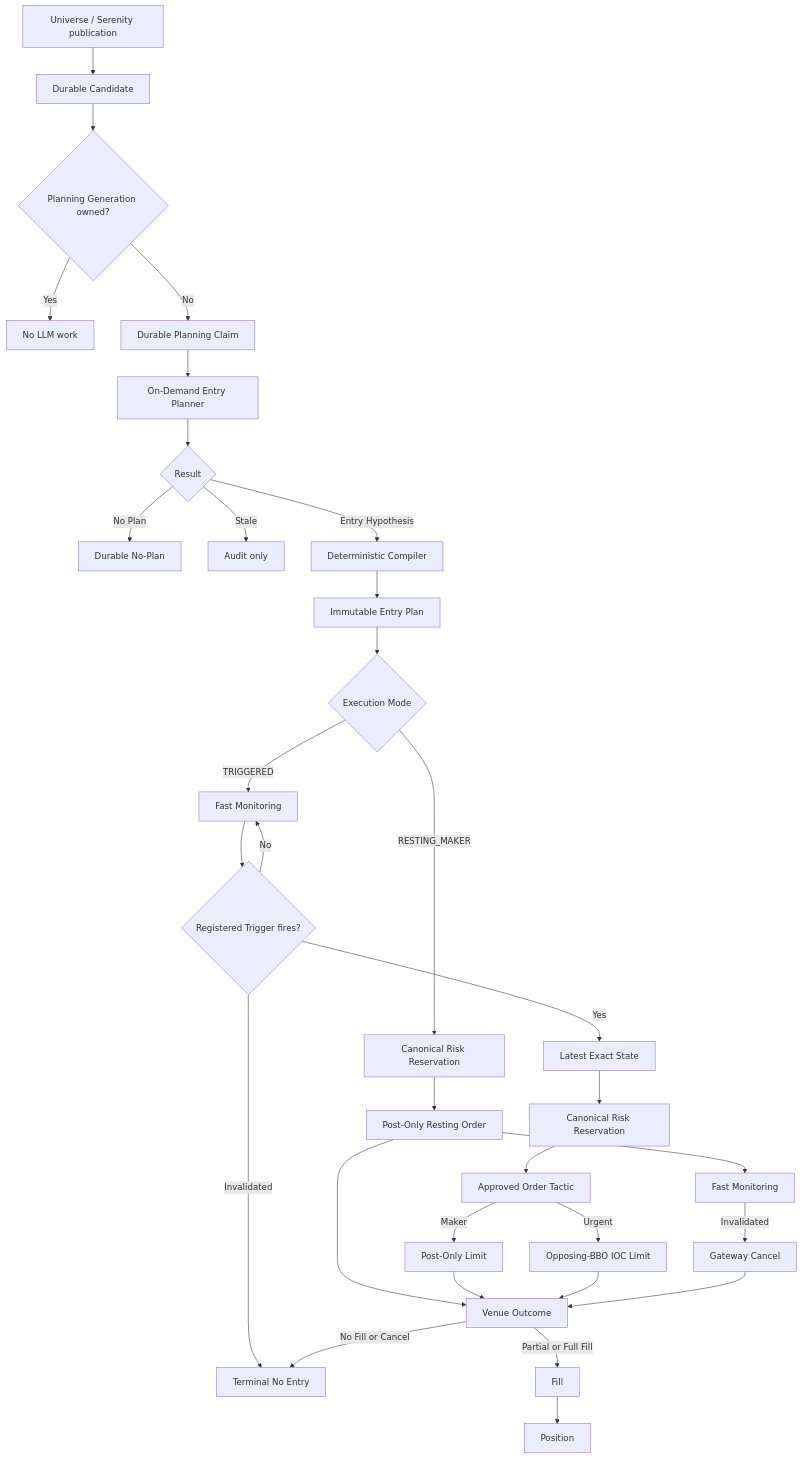
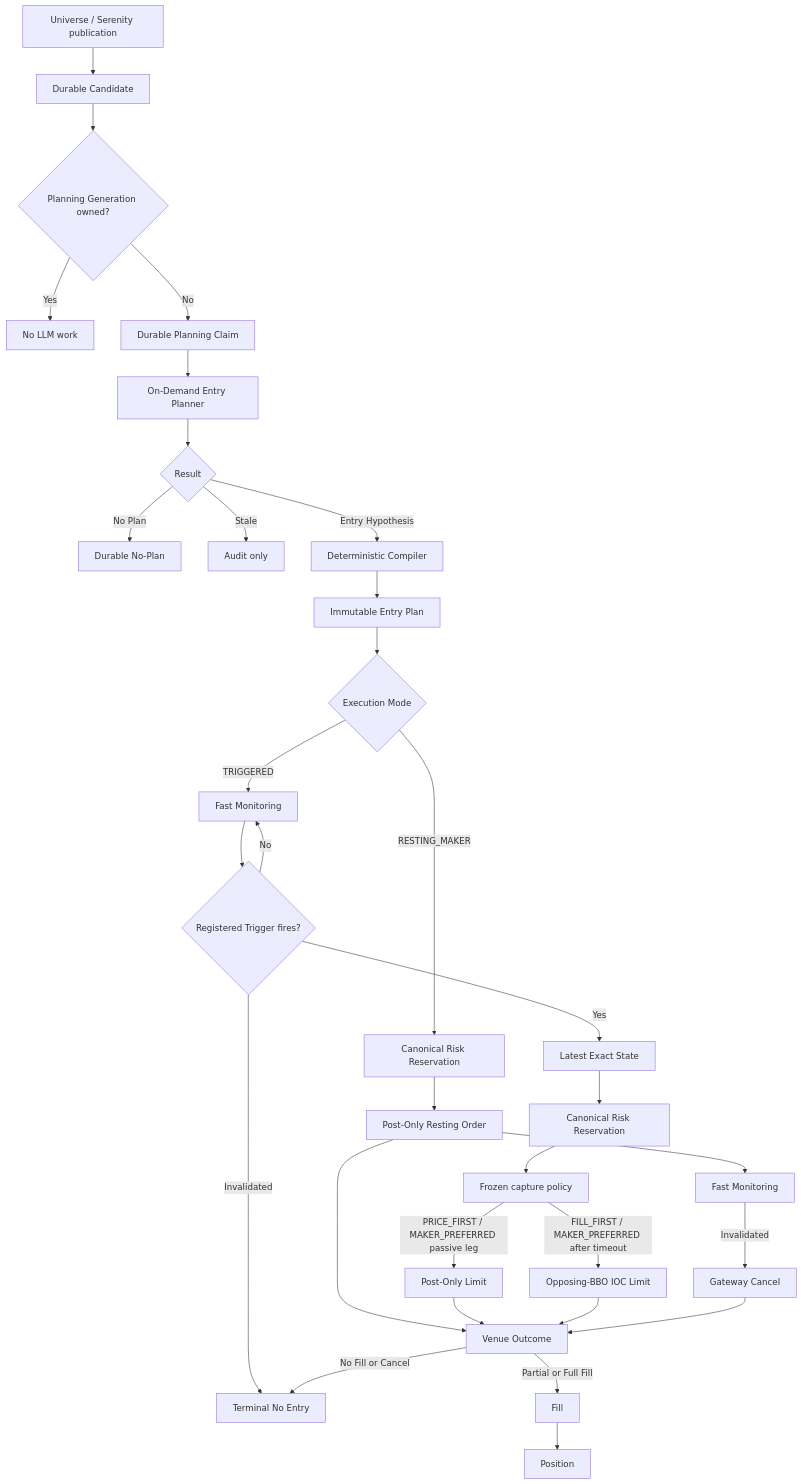
The diagram in docs/design/contracts/decision_lifecycle_contract.md (iridyne/aletheia), drawn with Mermaid before and after one commit. The commit also changed other lines of this file and 5 other files, not shown here.

````diff
--- a/docs/design/contracts/decision_lifecycle_contract.md
+++ b/docs/design/contracts/decision_lifecycle_contract.md
@@ -17,34 +16,34 @@
 ```mermaid
 flowchart TD
     A[Universe / Serenity publication] --> B[Durable Candidate]
     B --> C{Planning Generation owned?}
     C -->|Yes| D[No LLM work]
     C -->|No| E[Durable Planning Claim]
     E --> F[On-Demand Entry Planner]
     F --> G{Result}
     G -->|No Plan| H[Durable No-Plan]
     G -->|Stale| I[Audit only]
     G -->|Entry Hypothesis| CC[Deterministic Compiler]
     CC --> J[Immutable Entry Plan]
     J --> K{Execution Mode}
     K -->|RESTING_MAKER| L[Canonical Risk Reservation]
     L --> M[Post-Only Resting Order]
     M --> N[Fast Monitoring]
     K -->|TRIGGERED| O[Fast Monitoring]
     O --> P{Registered Trigger fires?}
     P -->|No| O
     P -->|Invalidated| Q[Terminal No Entry]
     P -->|Yes| R[Latest Exact State]
     R --> S[Canonical Risk Reservation]
-    S --> T[Approved Order Tactic]
-    T -->|Maker| U[Post-Only Limit]
-    T -->|Urgent| V[Opposing-BBO IOC Limit]
+    S --> T[Frozen capture policy]
+    T -->|PRICE_FIRST / MAKER_PREFERRED passive leg| U[Post-Only Limit]
+    T -->|FILL_FIRST / MAKER_PREFERRED after timeout| V[Opposing-BBO IOC Limit]
     N -->|Invalidated| W[Gateway Cancel]
     M --> X[Venue Outcome]
     U --> X
     V --> X
     W --> X
     X -->|No Fill or Cancel| Q
     X -->|Partial or Full Fill| Y[Fill]
     Y --> Z[Position]
 ```
````
